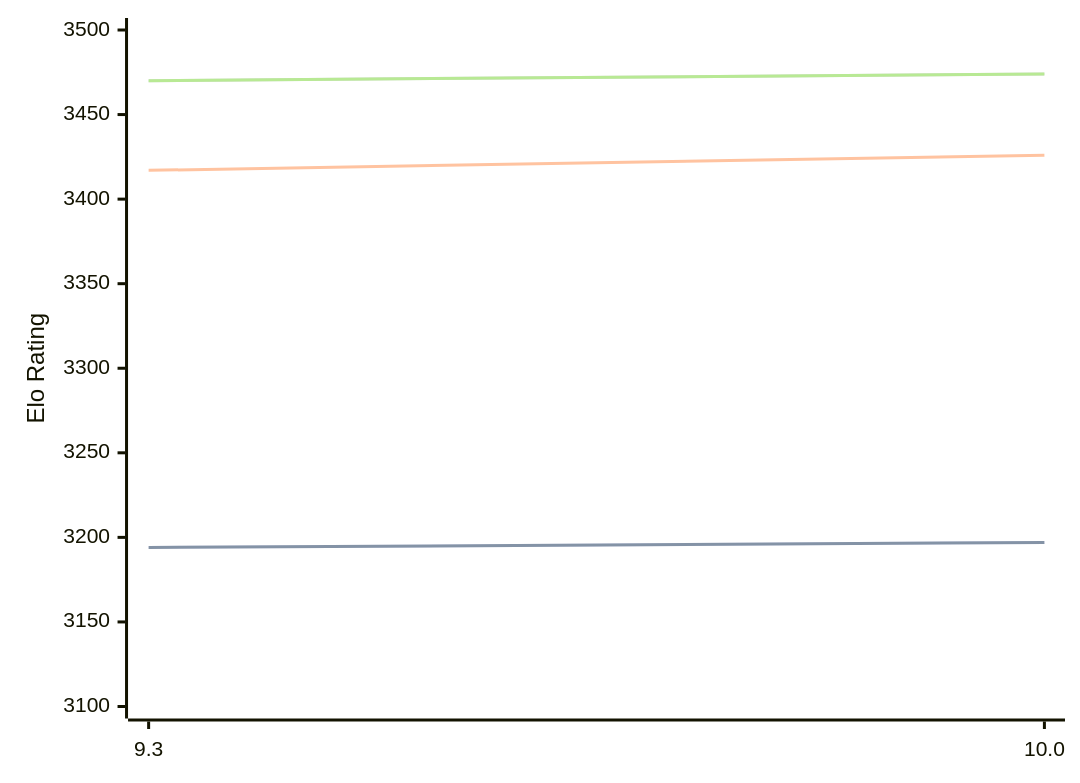
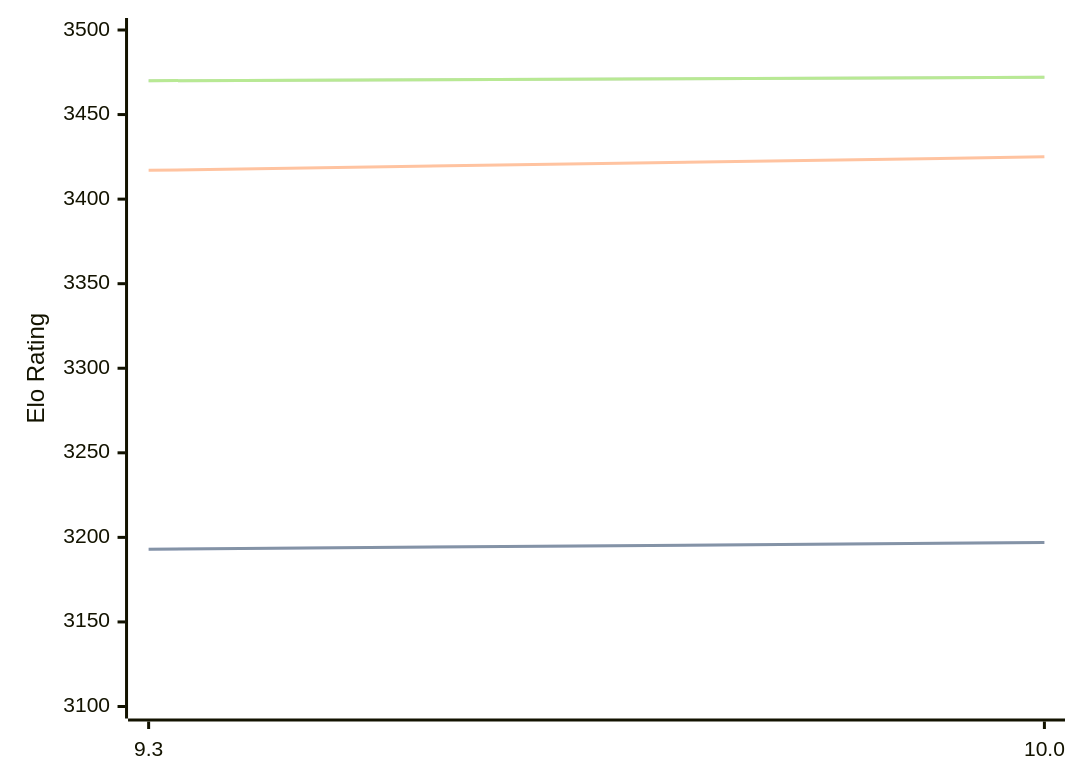
The diagram in engines/Fire.md (computer-chess-index/cci), drawn with Mermaid before and after one commit. The commit also changed other lines of this file, not shown here.

Commit message:
Update CCI Ratings (ELO VLTC) - 2026-02-27

````diff
--- a/engines/Fire.md
+++ b/engines/Fire.md
@@ -45,11 +45,11 @@
 ```mermaid
 %%{init: {"theme":"base","themeVariables":{"seriesColors:['#a3a3a3','#222221','#faa371']}}}%%
 xychart-beta
   x-axis ["9.3", "10.0"]
   y-axis "Elo Rating" 3100 --> 3500
-  line "STC (8.0+0.08s)" [3194, 3197]
-  line "STC (8.0+0.08s)" [3194, 3197]
-  line "LTC (60.0+0.60s)" [3417, 3426]
-  line "VLTC (2m24s+1.12s)" [3470, 3474]
-  line "VLTC (2m24s+1.12s)" [3470, 3474]
+  line "STC (8.0+0.08s)" [3193, 3197]
+  line "STC (8.0+0.08s)" [3193, 3197]
+  line "LTC (60.0+0.60s)" [3417, 3425]
+  line "VLTC (2m24s+1.12s)" [3470, 3472]
+  line "VLTC (2m24s+1.12s)" [3470, 3472]
 ```
````
